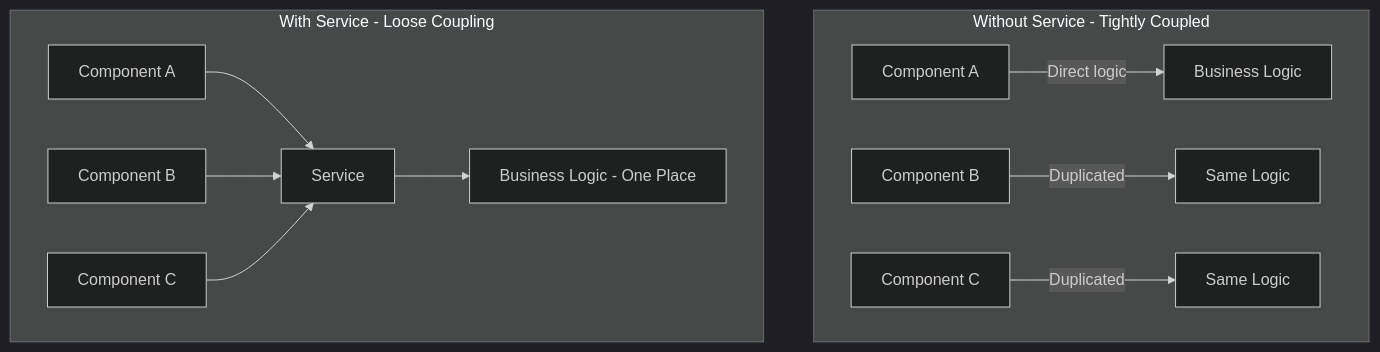
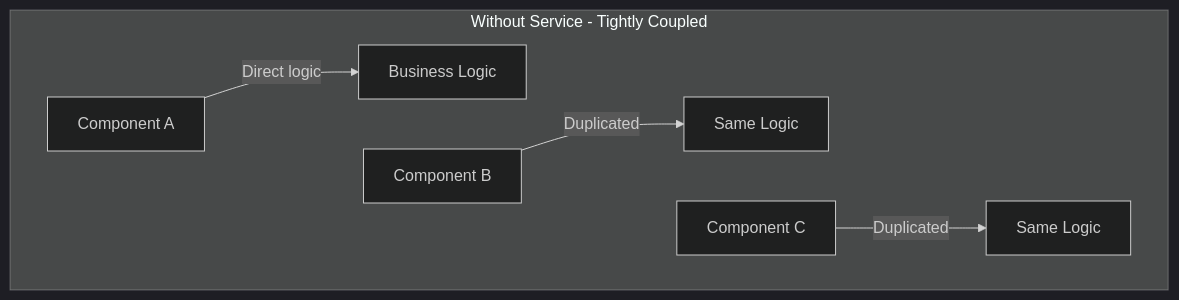
Before and after one commit to amitdevx/TY: the first of 3 diagrams in 02-Semester-VI/CS-352-MJ-T-Design-Framework/Unit-4.md, drawn with Mermaid (dark theme). The commit also changed other lines of this file and 65 other files, not shown here.

Commit message:
fix:graph vertical

````diff
--- a/02-Semester-VI/CS-352-MJ-T-Design-Framework/Unit-4.md
+++ b/02-Semester-VI/CS-352-MJ-T-Design-Framework/Unit-4.md
@@ -47,15 +49,9 @@
 ```mermaid
 graph TD
-  subgraph Without Service - Tightly Coupled
+    subgraph Without Service - Tightly Coupled
     C1[Component A] -->|Direct logic| L1[Business Logic]
     C2[Component B] -->|Duplicated| L2[Same Logic]
     C3[Component C] -->|Duplicated| L3[Same Logic]
-  end
-
-  subgraph With Service - Loose Coupling
-    C4[Component A] --> S[Service]
-    C5[Component B] --> S
-    C6[Component C] --> S
-    S --> L[Business Logic - One Place]
-  end
+        C1 ~~~ C2 ~~~ C3
+      end
 ```
````
